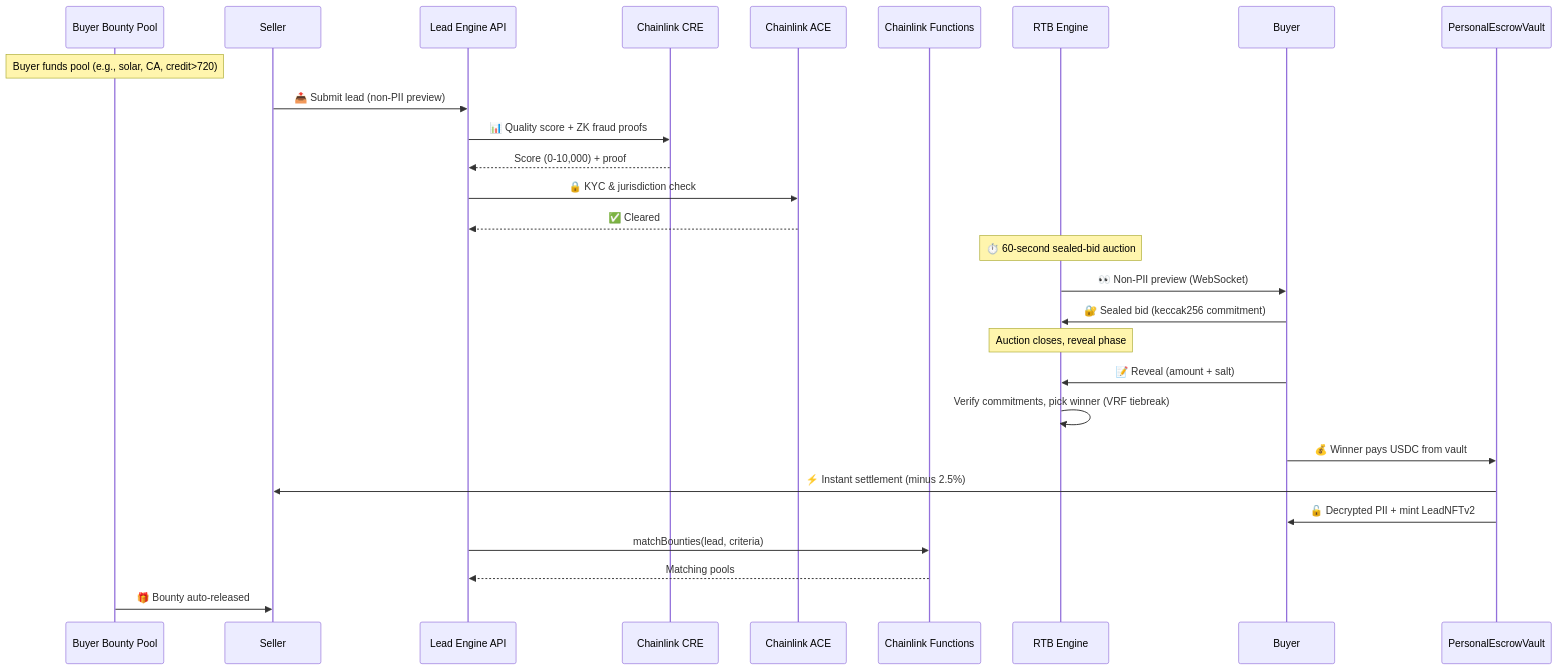
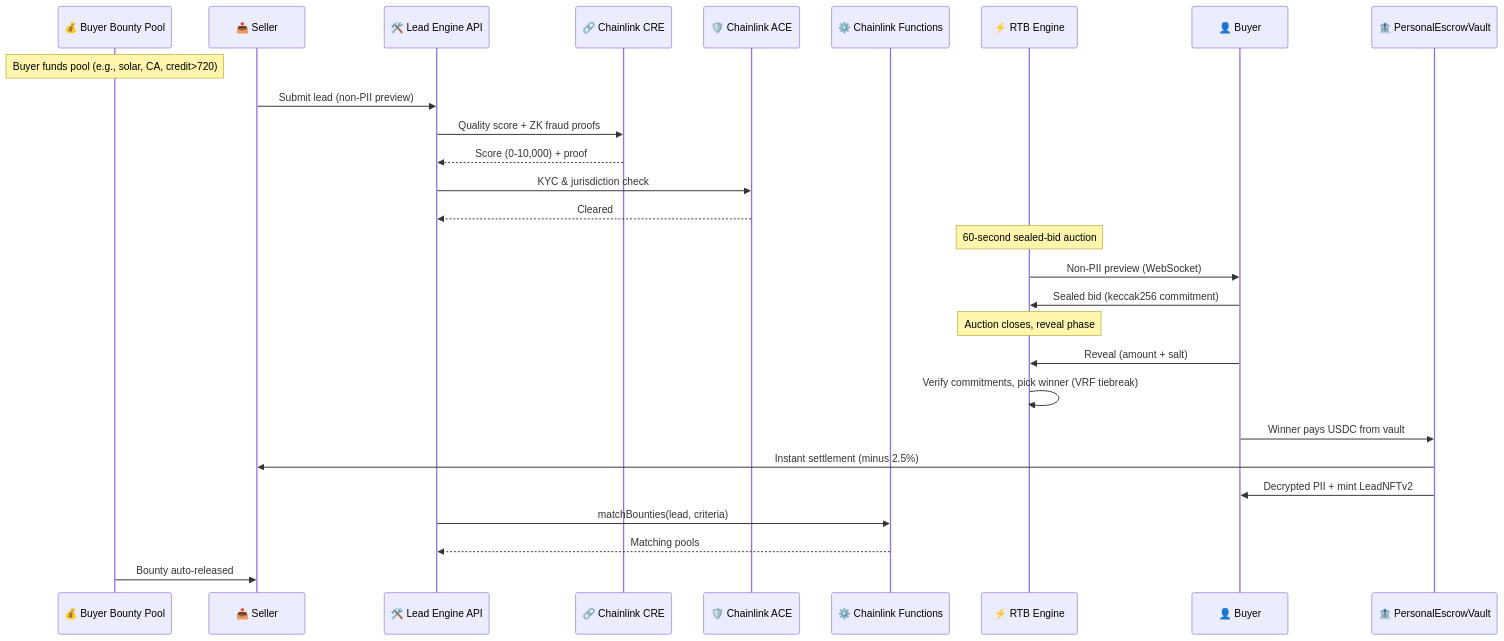
Before and after one commit to bnmbnmai/lead-engine-cre: the first of 2 diagrams in README.md, drawn with Mermaid.

Commit message:
docs: move emojis to participant labels in sequence diagram

````diff
--- a/README.md
+++ b/README.md
@@ -112,38 +112,38 @@
 ```mermaid
 sequenceDiagram
-    participant BP as Buyer Bounty Pool
-    participant S as Seller
-    participant API as Lead Engine API
-    participant CRE as Chainlink CRE
-    participant ACE as Chainlink ACE
-    participant FN as Chainlink Functions
-    participant RTB as RTB Engine
-    participant B as Buyer
-    participant X as PersonalEscrowVault
+    participant BP as 💰 Buyer Bounty Pool
+    participant S as 📤 Seller
+    participant API as 🛠️ Lead Engine API
+    participant CRE as 🔗 Chainlink CRE
+    participant ACE as 🛡️ Chainlink ACE
+    participant FN as ⚙️ Chainlink Functions
+    participant RTB as ⚡ RTB Engine
+    participant B as 👤 Buyer
+    participant X as 🏦 PersonalEscrowVault
 
     Note over BP: Buyer funds pool (e.g., solar, CA, credit>720)
 
-    S->>API: 📤 Submit lead (non-PII preview)
-    API->>CRE: 📊 Quality score + ZK fraud proofs
+    S->>API: Submit lead (non-PII preview)
+    API->>CRE: Quality score + ZK fraud proofs
     CRE-->>API: Score (0-10,000) + proof
-    API->>ACE: 🔒 KYC & jurisdiction check
-    ACE-->>API: ✅ Cleared
+    API->>ACE: KYC & jurisdiction check
+    ACE-->>API: Cleared
 
-    Note over RTB: ⏱️ 60-second sealed-bid auction
+    Note over RTB: 60-second sealed-bid auction
 
-    RTB->>B: 👀 Non-PII preview (WebSocket)
-    B->>RTB: 🔐 Sealed bid (keccak256 commitment)
+    RTB->>B: Non-PII preview (WebSocket)
+    B->>RTB: Sealed bid (keccak256 commitment)
 
     Note over RTB: Auction closes, reveal phase
 
-    B->>RTB: 📝 Reveal (amount + salt)
+    B->>RTB: Reveal (amount + salt)
     RTB->>RTB: Verify commitments, pick winner (VRF tiebreak)
 
-    B->>X: 💰 Winner pays USDC from vault
-    X->>S: ⚡ Instant settlement (minus 2.5%)
-    X->>B: 🔓 Decrypted PII + mint LeadNFTv2
+    B->>X: Winner pays USDC from vault
+    X->>S: Instant settlement (minus 2.5%)
+    X->>B: Decrypted PII + mint LeadNFTv2
 
     API->>FN: matchBounties(lead, criteria)
     FN-->>API: Matching pools
-    BP->>S: 🎁 Bounty auto-released
+    BP->>S: Bounty auto-released
 ```
````
